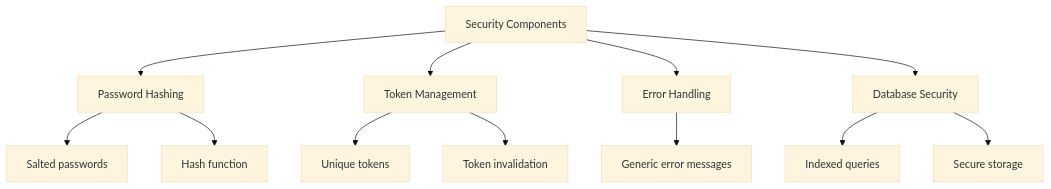
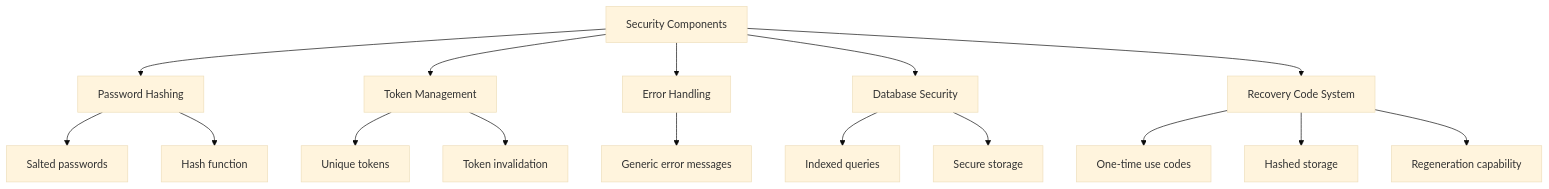
Before and after one commit to amiirbazzii/Expense-Tracker---Warp: the sixth of 9 diagrams in .qoder/repowiki/en/content/Backend Architecture/Authentication System.md, drawn with Mermaid (base theme). The commit also changed other lines of this file and 15 other files, not shown here.

````diff
--- a/.qoder/repowiki/en/content/Backend Architecture/Authentication System.md
+++ b/.qoder/repowiki/en/content/Backend Architecture/Authentication System.md
@@ -403,14 +472,18 @@
 ```mermaid
 flowchart TD
 A["Security Components"] --> B["Password Hashing"]
 A --> C["Token Management"]
 A --> D["Error Handling"]
 A --> E["Database Security"]
-B --> F["Salted passwords"]
-B --> G["Hash function"]
-C --> H["Unique tokens"]
-C --> I["Token invalidation"]
-D --> J["Generic error messages"]
-E --> K["Indexed queries"]
-E --> L["Secure storage"]
+A --> F["Recovery Code System"]
+B --> F1["Salted passwords"]
+B --> F2["Hash function"]
+C --> G1["Unique tokens"]
+C --> G2["Token invalidation"]
+D --> H1["Generic error messages"]
+E --> I1["Indexed queries"]
+E --> I2["Secure storage"]
+F --> J1["One-time use codes"]
+F --> J2["Hashed storage"]
+F --> J3["Regeneration capability"]
 ```
````
